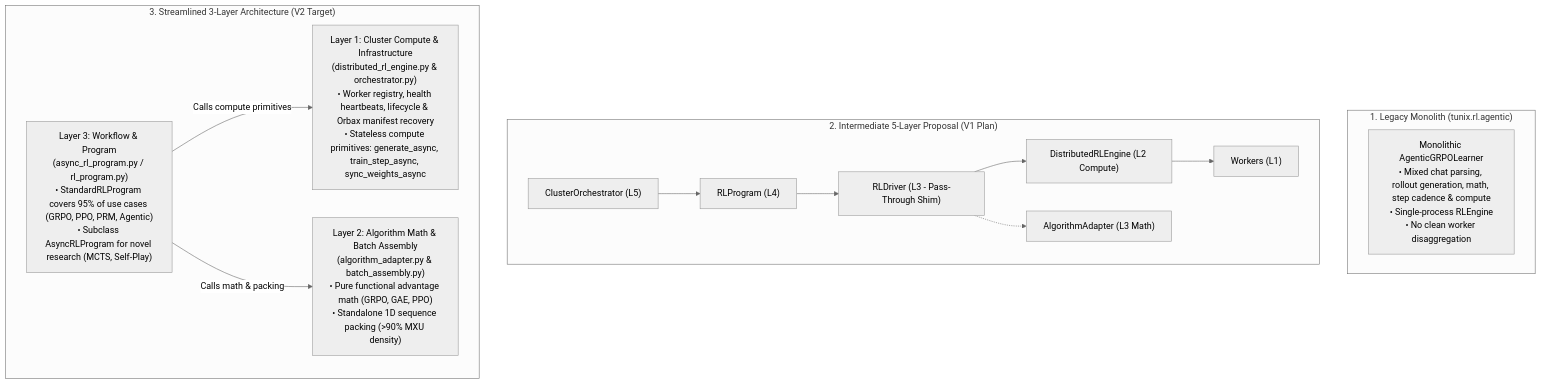
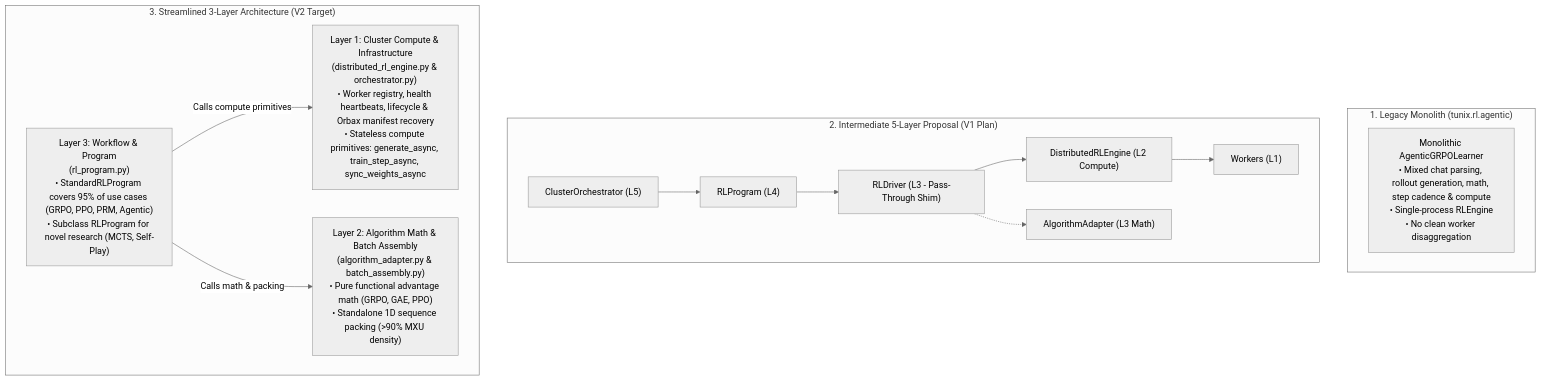
The first of 6 diagrams in tunix/experimental/docs/orchestrator_plan_v2.md (google/tunix), drawn with Mermaid (neutral theme) before and after one commit. The commit also changed other lines of this file and 7 other files, not shown here.

````diff
--- a/tunix/experimental/docs/orchestrator_plan_v2.md
+++ b/tunix/experimental/docs/orchestrator_plan_v2.md
@@ -18,27 +18,27 @@
 ```mermaid
 graph TD
     subgraph LEGACY ["1. Legacy Monolith (tunix.rl.agentic)"]
         LEG["Monolithic AgenticGRPOLearner<br/>• Mixed chat parsing, rollout generation, math, step cadence & compute<br/>• Single-process RLEngine<br/>• No clean worker disaggregation"]
     end
 
     subgraph V1_PROP ["2. Intermediate 5-Layer Proposal (V1 Plan)"]
         V1_O["ClusterOrchestrator (L5)"]
         V1_P["RLProgram (L4)"]
         V1_D["RLDriver (L3 - Pass-Through Shim)"]
         V1_A["AlgorithmAdapter (L3 Math)"]
         V1_E["DistributedRLEngine (L2 Compute)"]
         V1_W["Workers (L1)"]
         
         V1_O --> V1_P --> V1_D --> V1_E --> V1_W
         V1_D -.-> V1_A
     end
 
     subgraph V2_STREAMLINED ["3. Streamlined 3-Layer Architecture (V2 Target)"]
-        V2_P["Layer 3: Workflow & Program<br/>(async_rl_program.py / rl_program.py)<br/>• StandardRLProgram covers 95% of use cases (GRPO, PPO, PRM, Agentic)<br/>• Subclass AsyncRLProgram for novel research (MCTS, Self-Play)"]
+        V2_P["Layer 3: Workflow & Program<br/>(rl_program.py)<br/>• StandardRLProgram covers 95% of use cases (GRPO, PPO, PRM, Agentic)<br/>• Subclass RLProgram for novel research (MCTS, Self-Play)"]
         V2_A["Layer 2: Algorithm Math & Batch Assembly<br/>(algorithm_adapter.py & batch_assembly.py)<br/>• Pure functional advantage math (GRPO, GAE, PPO)<br/>• Standalone 1D sequence packing (>90% MXU density)"]
         V2_E["Layer 1: Cluster Compute & Infrastructure<br/>(distributed_rl_engine.py & orchestrator.py)<br/>• Worker registry, health heartbeats, lifecycle & Orbax manifest recovery<br/>• Stateless compute primitives: generate_async, train_step_async, sync_weights_async"]
         
         V2_P -->|Calls compute primitives| V2_E
         V2_P -->|Calls math & packing| V2_A
     end
 ```
````
